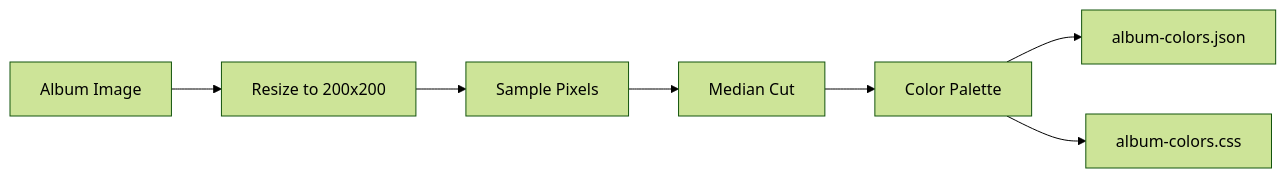
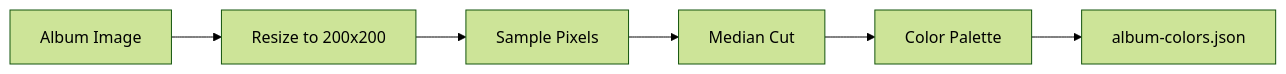
One commit to russmckendrick/russ-fm changed the second of 3 diagrams in docs/build-pipeline/asset-processing.md. Above: the diagram before and after it, drawn with Mermaid (forest theme). The commit also changed other lines of this file and 14 other files, not shown here.

````diff
--- a/docs/build-pipeline/asset-processing.md
+++ b/docs/build-pipeline/asset-processing.md
@@ -105,9 +105,8 @@
 ```mermaid
 flowchart LR
     Image[Album Image] --> Resize[Resize to 200x200]
     Resize --> Sample[Sample Pixels]
     Sample --> Quantize[Median Cut]
     Quantize --> Palette[Color Palette]
     Palette --> JSON[album-colors.json]
-    Palette --> CSS[album-colors.css]
 ```
````
